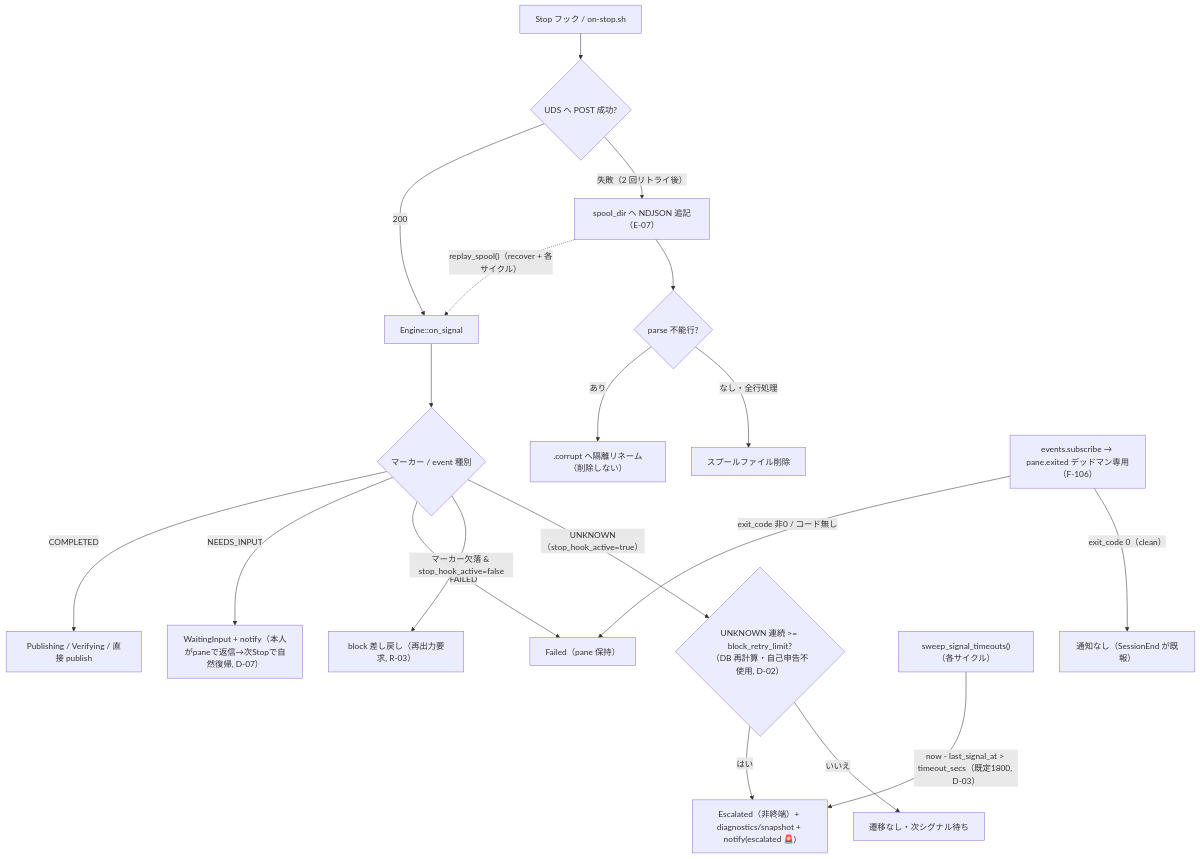
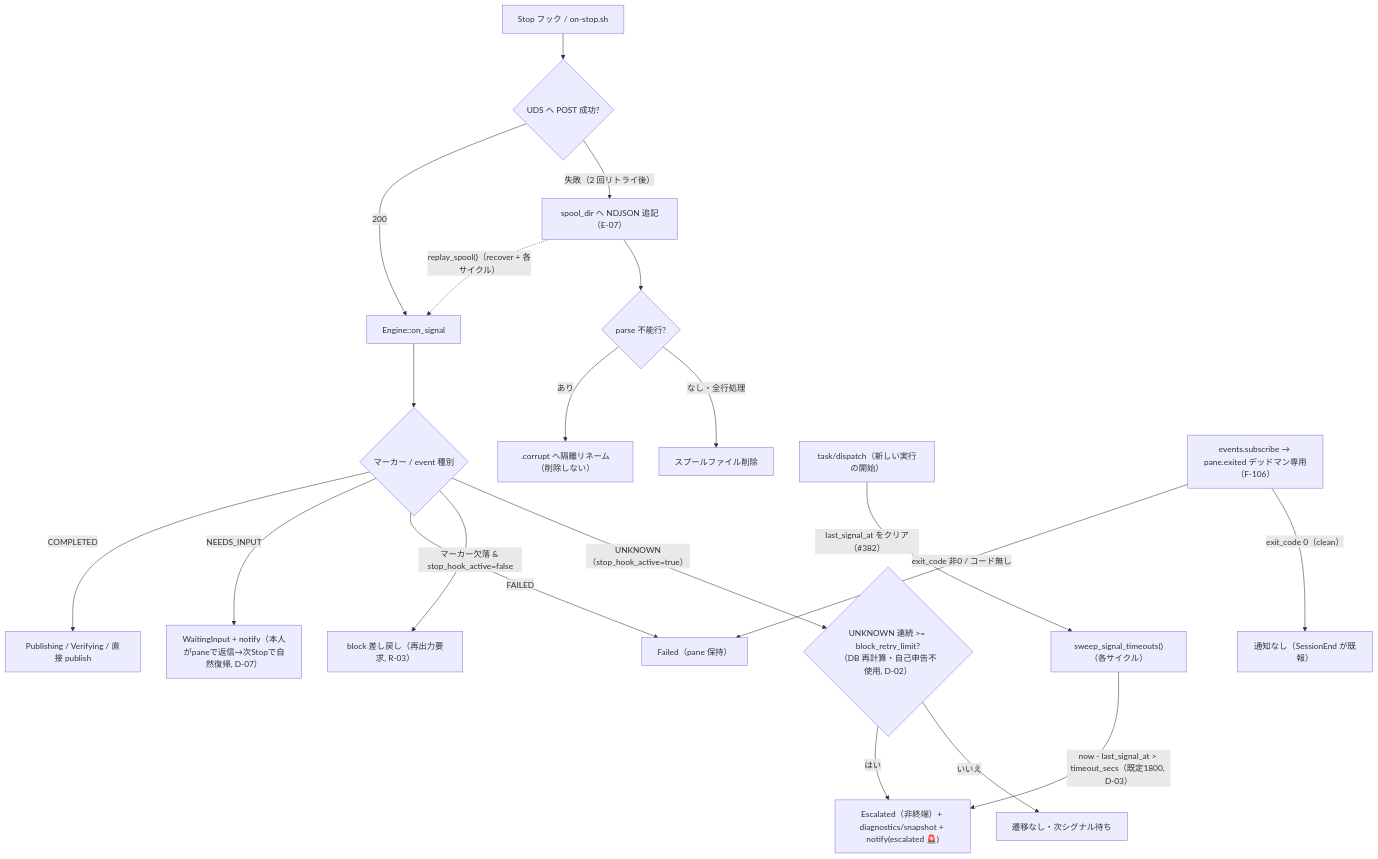
Before and after one commit to tomoya-k31/totsuka: the second of 3 diagrams in docs/architecture/hook-signal-flow.md, drawn with Mermaid. The commit also changed other lines of this file and 4 other files, not shown here.

````diff
--- a/docs/architecture/hook-signal-flow.md
+++ b/docs/architecture/hook-signal-flow.md
@@ -68,24 +68,25 @@
 ```mermaid
 flowchart TD
     STOP["Stop フック / on-stop.sh"] --> POST{"UDS へ POST 成功?"}
     POST -->|"200"| ENG["Engine::on_signal"]
     POST -->|"失敗（2 回リトライ後）"| SPOOL["spool_dir へ NDJSON 追記（E-07）"]
     SPOOL -.->|"replay_spool()（recover + 各サイクル）"| ENG
     SPOOL --> CORRUPT{"parse 不能行?"}
     CORRUPT -->|"あり"| QUAR[".corrupt へ隔離リネーム（削除しない）"]
     CORRUPT -->|"なし・全行処理"| DEL["スプールファイル削除"]
 
     ENG --> MARK{"マーカー / event 種別"}
     MARK -->|"COMPLETED"| PUB["Publishing / Verifying / 直接 publish"]
     MARK -->|"NEEDS_INPUT"| WI["WaitingInput + notify（本人がpaneで返信→次Stopで自然復帰, D-07）"]
     MARK -->|"FAILED"| FAIL["Failed（pane 保持）"]
     MARK -->|"マーカー欠落 & stop_hook_active=false"| BLOCK["block 差し戻し（再出力要求, R-03）"]
     MARK -->|"UNKNOWN（stop_hook_active=true）"| UNK{"UNKNOWN 連続 >= block_retry_limit?<br/>（DB 再計算・自己申告不使用, D-02）"}
     UNK -->|"はい"| ESC["Escalated（非終端）+ diagnostics/snapshot + notify(escalated 🚨)"]
     UNK -->|"いいえ"| WAIT["遷移なし・次シグナル待ち"]
 
     SWEEP["sweep_signal_timeouts()（各サイクル）"] -->|"now - last_signal_at > timeout_secs（既定1800, D-03）"| ESC
+    DISP["task/dispatch（新しい実行の開始）"] -->|"last_signal_at をクリア（#382）"| SWEEP
 
     DEAD["events.subscribe → pane.exited デッドマン専用（F-106）"] -->|"exit_code 非0 / コード無し"| FAIL
     DEAD -->|"exit_code 0（clean）"| NOP["通知なし（SessionEnd が既報）"]
 ```
````
